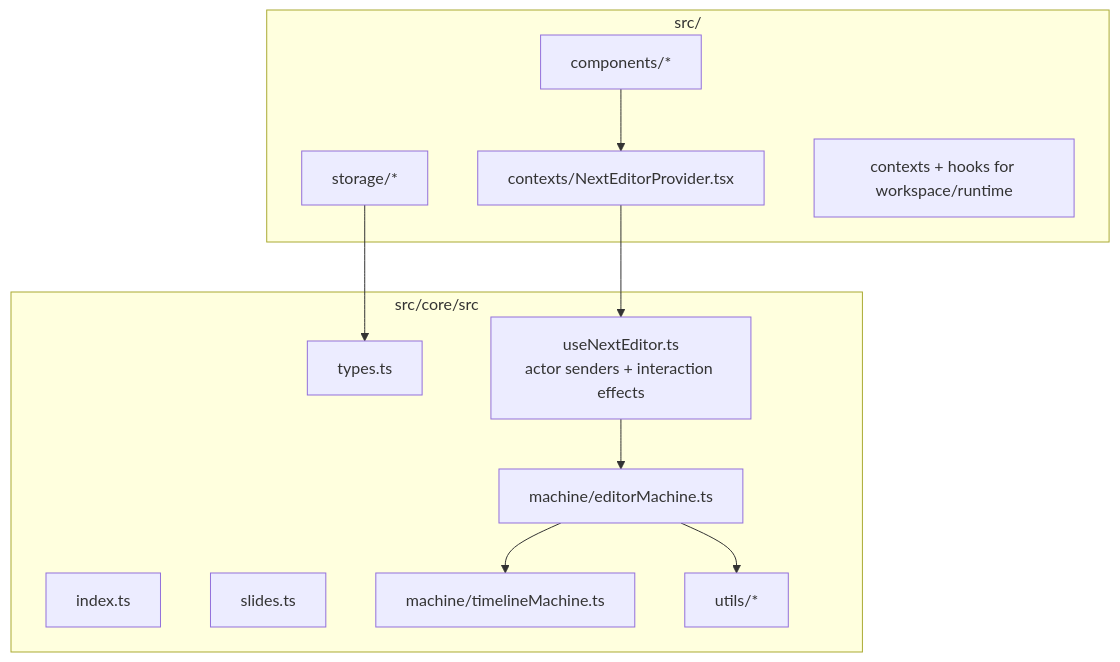
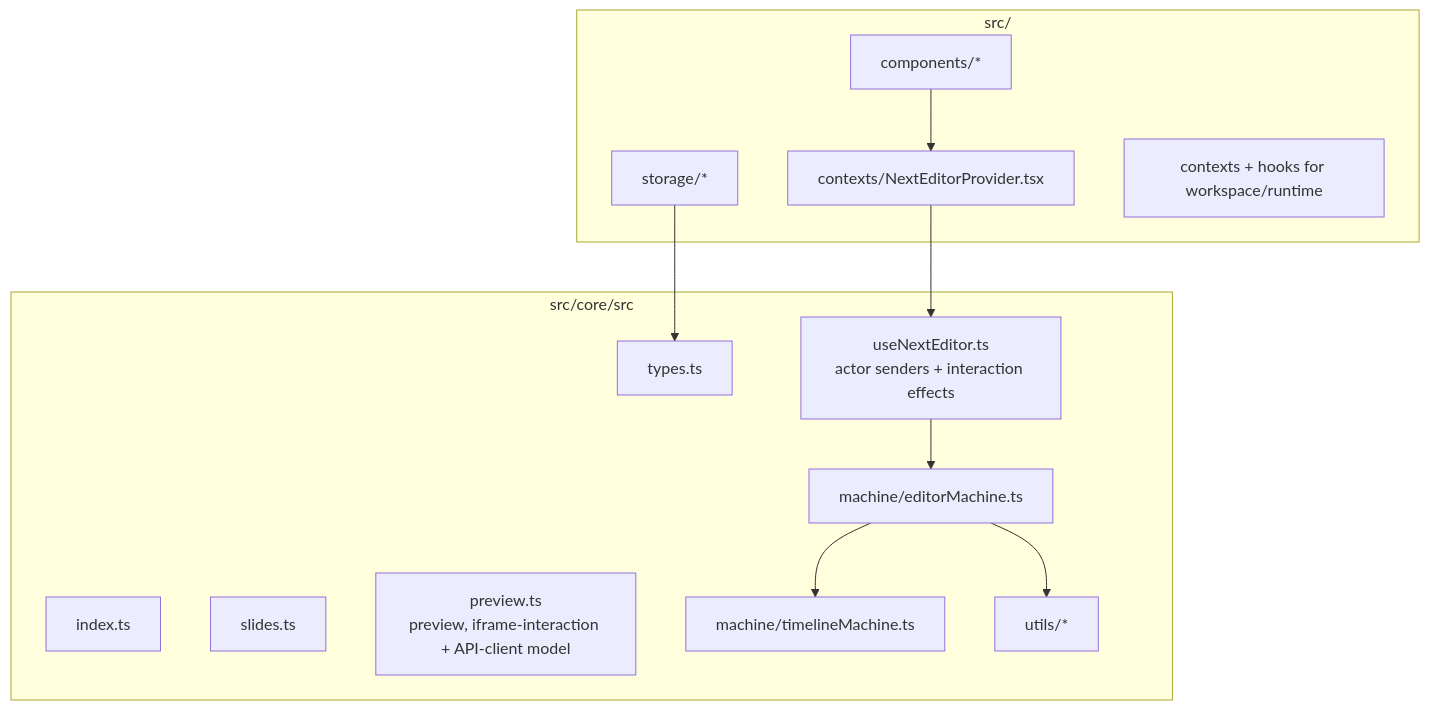
One commit to channyeintun/next-editor changed the first of 3 diagrams in docs/core.md. Above: the diagram before and after it, drawn with Mermaid. The commit also changed 25 other files, not shown here.

````diff
--- a/docs/core.md
+++ b/docs/core.md
@@ -7,26 +7,27 @@
 ```mermaid
 flowchart TB
   subgraph Core["src/core/src"]
     Index[index.ts]
     Types[types.ts]
     Slides[slides.ts]
+    Preview[preview.ts<br/>preview, iframe-interaction + API-client model]
     Hook[useNextEditor.ts<br/>actor senders + interaction effects]
     Machine[machine/editorMachine.ts]
     Timeline[machine/timelineMachine.ts]
     Utils[utils/*]
   end
 
   subgraph App["src/"]
     Provider[contexts/NextEditorProvider.tsx]
     Components[components/*]
     Storage[storage/*]
     Runtime[contexts + hooks for workspace/runtime]
   end
 
   Components --> Provider
   Provider --> Hook
   Hook --> Machine
   Machine --> Timeline
   Machine --> Utils
   Storage --> Types
 ```
````
